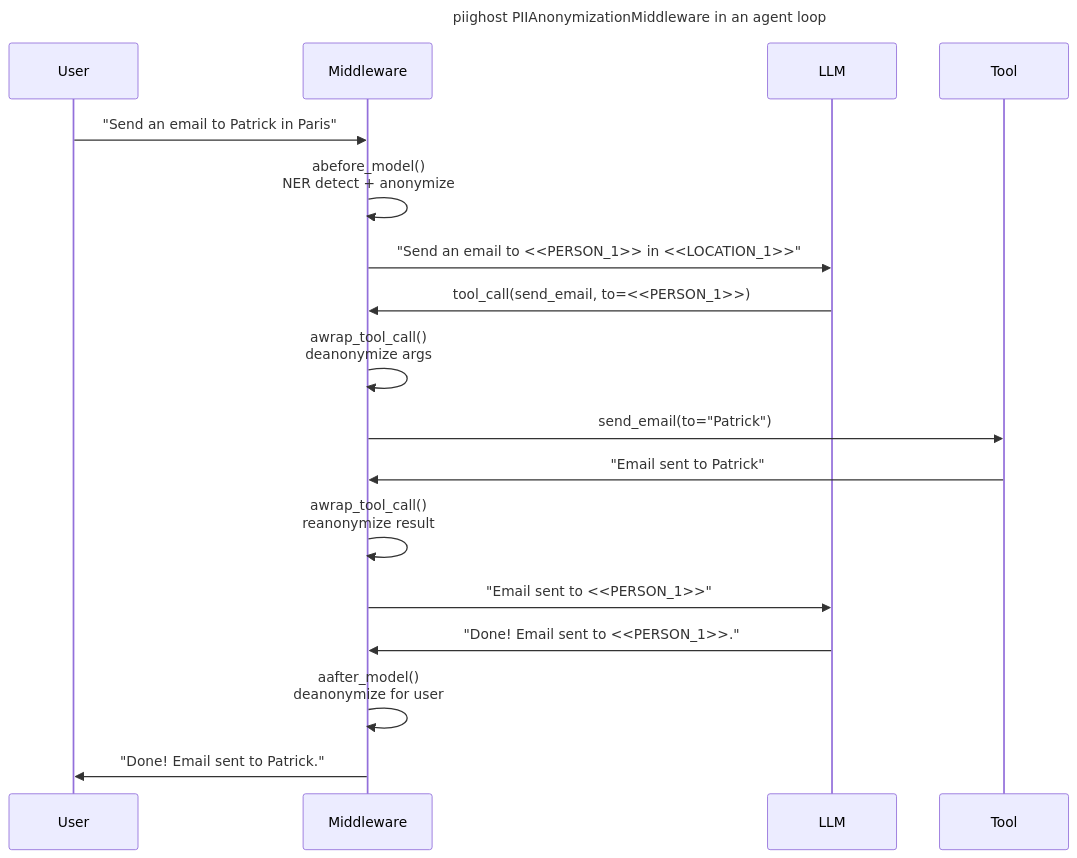
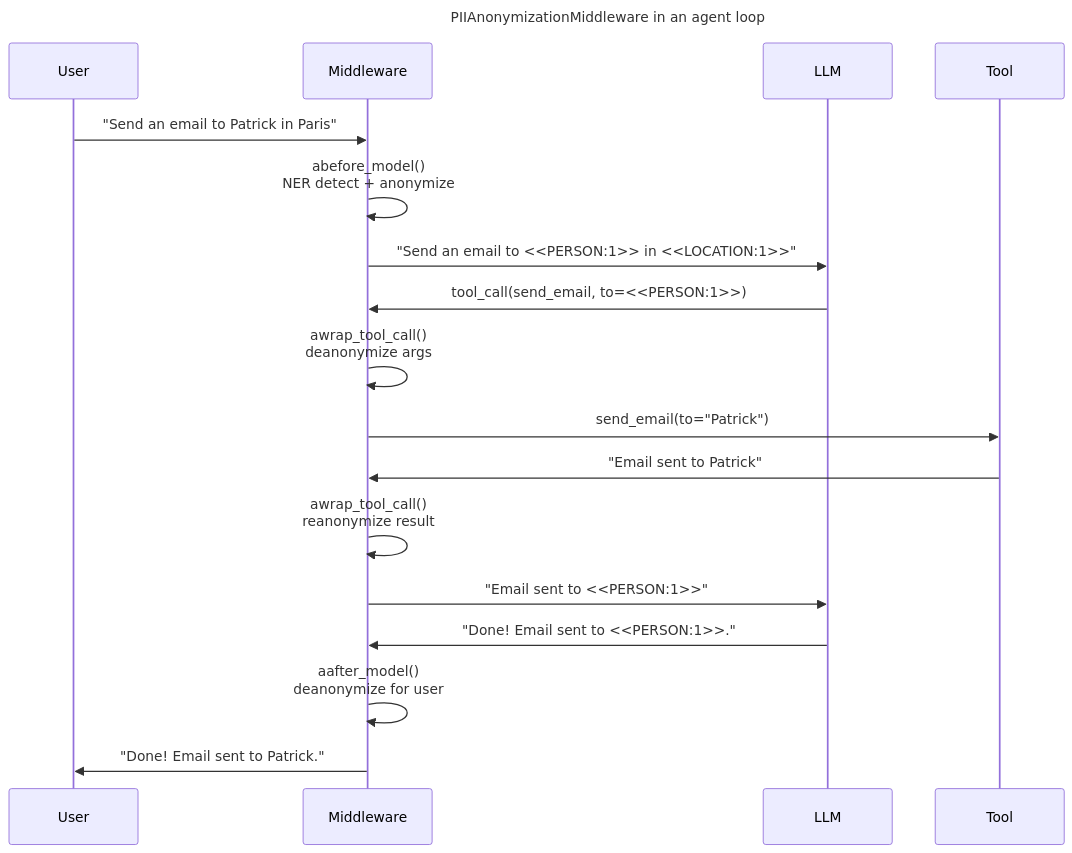
The third of 3 diagrams in README.md (Athroniaeth/piighost), drawn with Mermaid before and after one commit. The commit also changed other lines of this file and 2 other files, not shown here.

````diff
--- a/README.md
+++ b/README.md
@@ -281,23 +330,23 @@
 ```mermaid
 ---
-title: "piighost PIIAnonymizationMiddleware in an agent loop"
+title: "PIIAnonymizationMiddleware in an agent loop"
 ---
 sequenceDiagram
     participant U as User
     participant M as Middleware
     participant L as LLM
     participant T as Tool
 
     U->>M: "Send an email to Patrick in Paris"
     M->>M: abefore_model()<br/>NER detect + anonymize
-    M->>L: "Send an email to <<PERSON_1>> in <<LOCATION_1>>"
-    L->>M: tool_call(send_email, to=<<PERSON_1>>)
+    M->>L: "Send an email to <<PERSON:1>> in <<LOCATION:1>>"
+    L->>M: tool_call(send_email, to=<<PERSON:1>>)
     M->>M: awrap_tool_call()<br/>deanonymize args
     M->>T: send_email(to="Patrick")
     T->>M: "Email sent to Patrick"
     M->>M: awrap_tool_call()<br/>reanonymize result
-    M->>L: "Email sent to <<PERSON_1>>"
-    L->>M: "Done! Email sent to <<PERSON_1>>."
+    M->>L: "Email sent to <<PERSON:1>>"
+    L->>M: "Done! Email sent to <<PERSON:1>>."
     M->>M: aafter_model()<br/>deanonymize for user
     M->>U: "Done! Email sent to Patrick."
 ```
````
